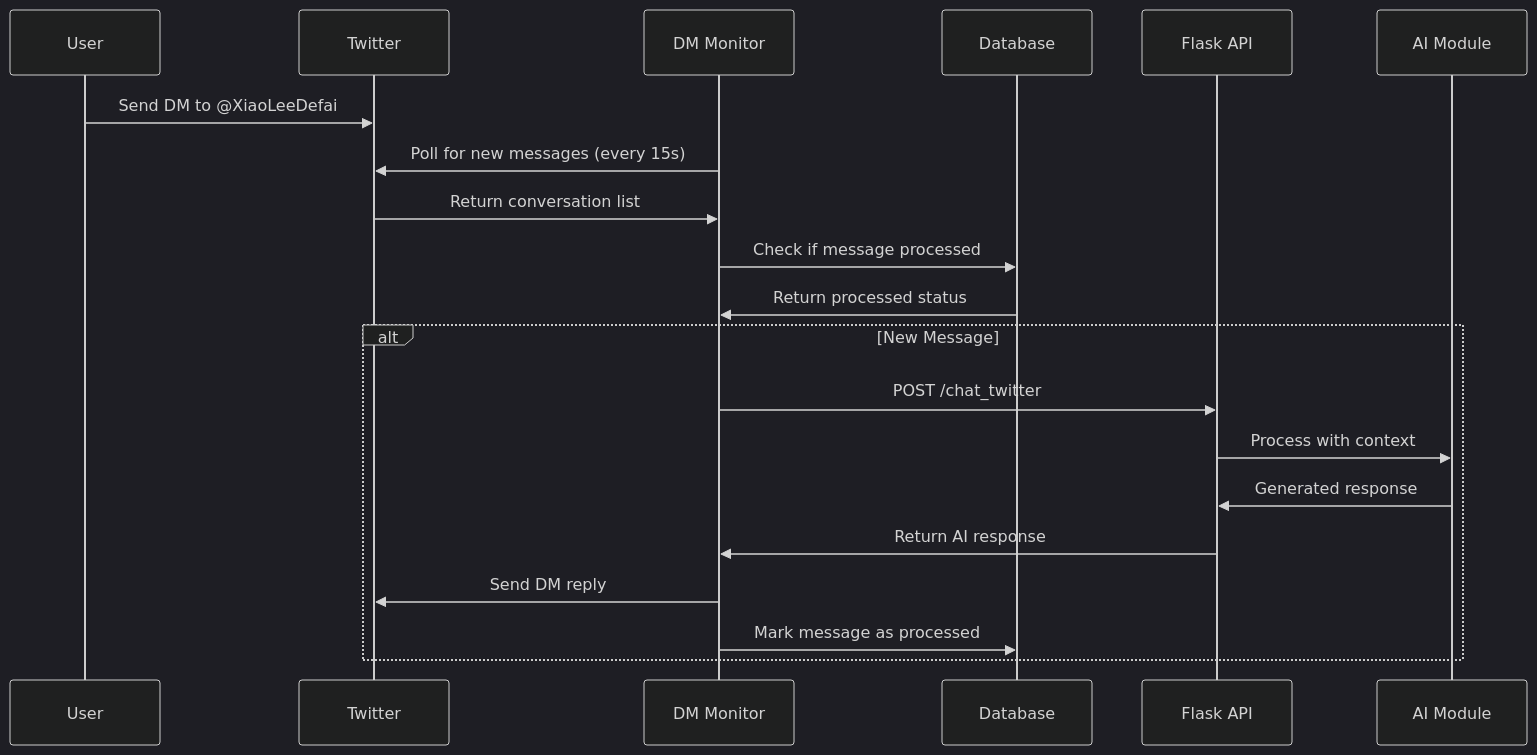
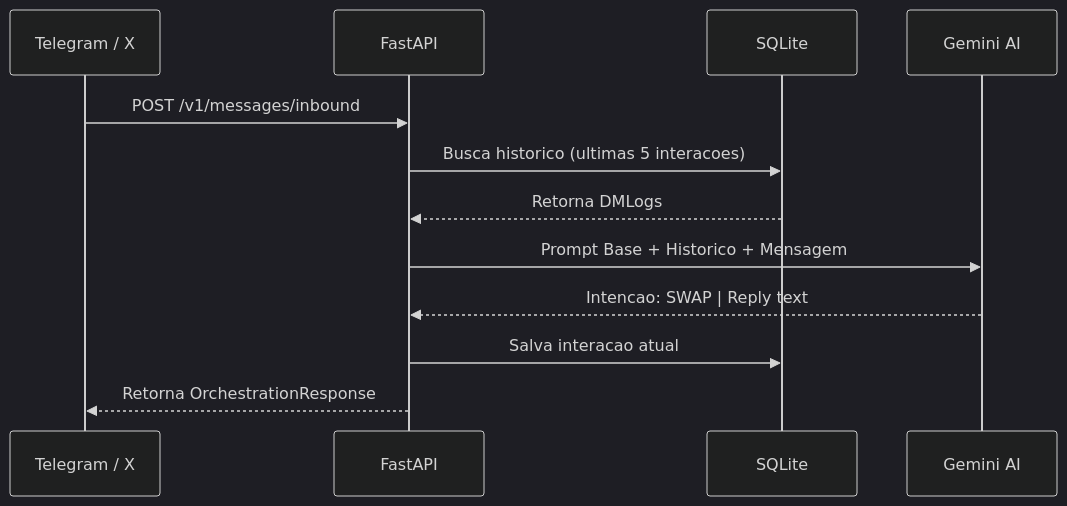
One commit to ParaDevs-Brasil/XiaoLee changed the second of 4 diagrams in docs/ARCHITECTURE.md. Above: the diagram before and after it, drawn with Mermaid (dark theme). The commit also changed other lines of this file and 61 other files, not shown here.

````diff
--- a/docs/ARCHITECTURE.md
+++ b/docs/ARCHITECTURE.md
@@ -102,23 +100,15 @@
 ```mermaid
 sequenceDiagram
-    participant U as User
-    participant T as Twitter
-    participant DM as DM Monitor
-    participant DB as Database
-    participant API as Flask API
-    participant AI as AI Module
-    
-    U->>T: Send DM to @XiaoLeeDefai
-    DM->>T: Poll for new messages (every 15s)
-    T->>DM: Return conversation list
-    DM->>DB: Check if message processed
-    DB->>DM: Return processed status
-    alt New Message
-        DM->>API: POST /chat_twitter
-        API->>AI: Process with context
-        AI->>API: Generated response
-        API->>DM: Return AI response
-        DM->>T: Send DM reply
-        DM->>DB: Mark message as processed
-    end
+    participant User as Telegram / X
+    participant API as FastAPI
+    participant DB as SQLite
+    participant LLM as Gemini AI
+
+    User->>API: POST /v1/messages/inbound
+    API->>DB: Busca historico (ultimas 5 interacoes)
+    DB-->>API: Retorna DMLogs
+    API->>LLM: Prompt Base + Historico + Mensagem
+    LLM-->>API: Intencao: SWAP | Reply text
+    API->>DB: Salva interacao atual
+    API-->>User: Retorna OrchestrationResponse
 ```
````
